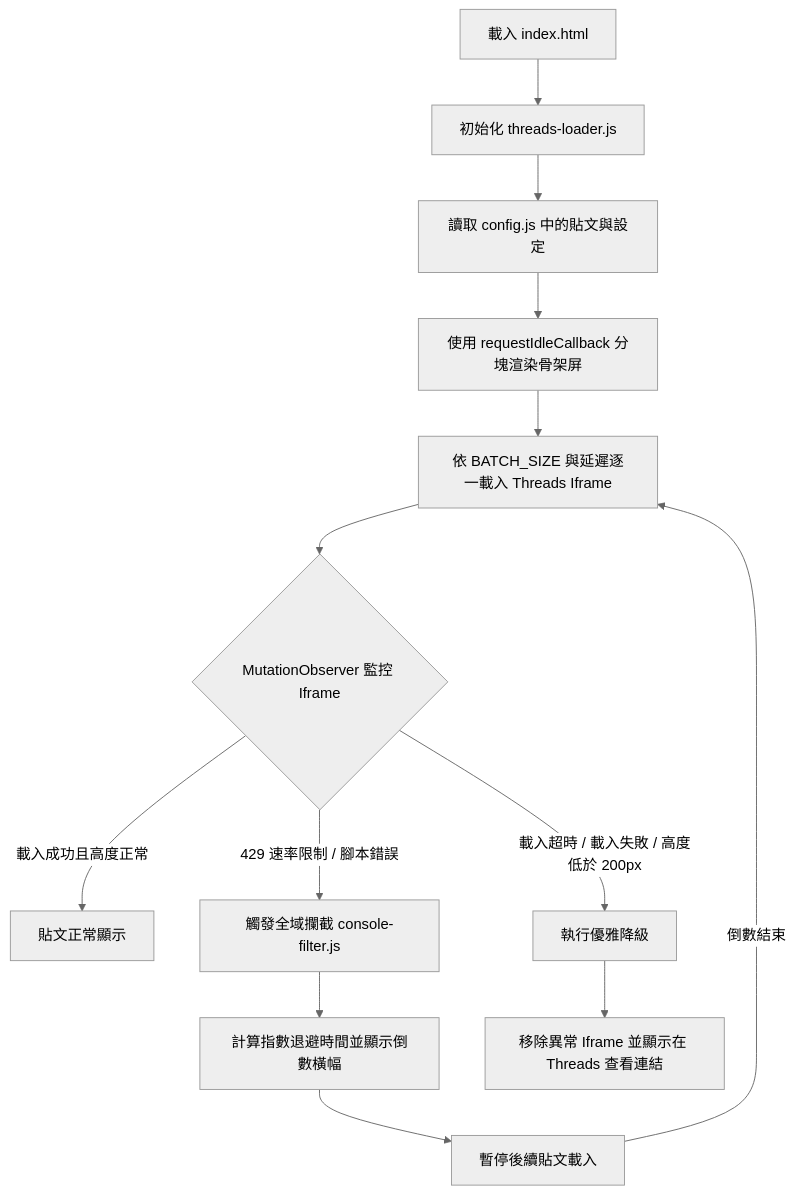
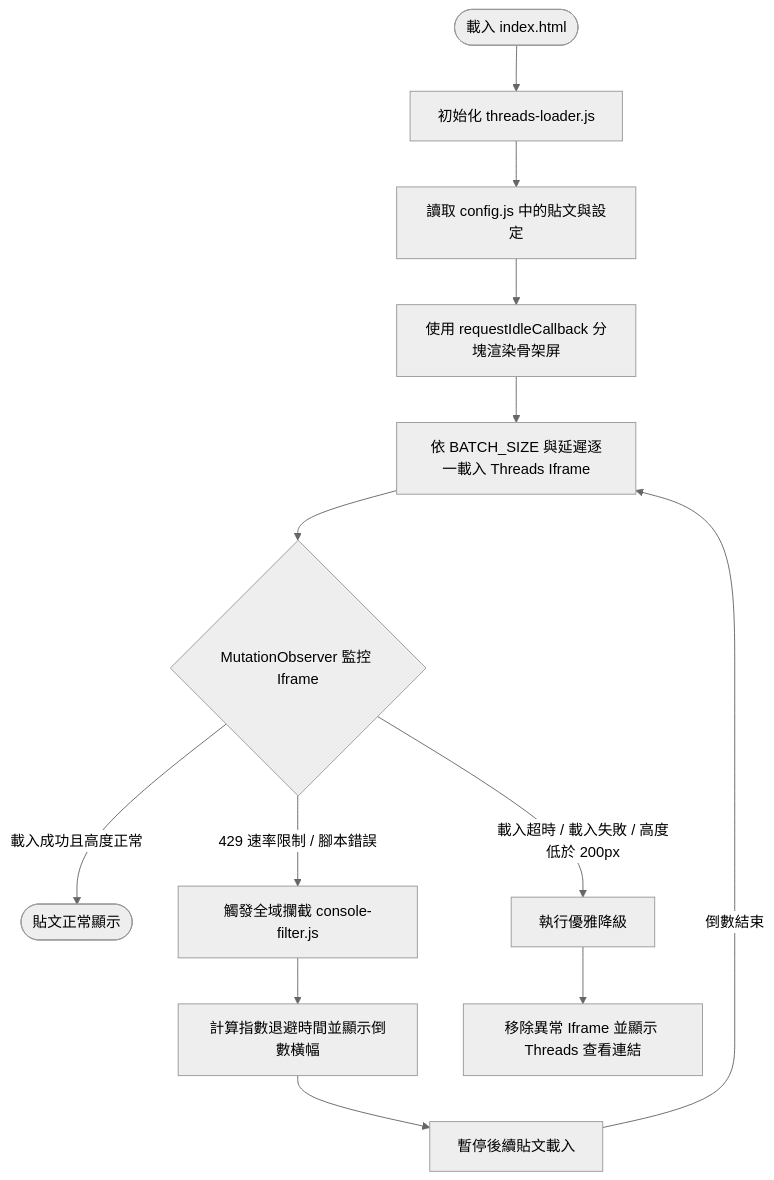
One commit to Scorpio-meow/Threads-Featured-Posts changed the second of 2 diagrams in README.md. Above: the diagram before and after it, drawn with Mermaid (neutral theme). The commit also changed other lines of this file and 3 other files, not shown here.

````diff
--- a/README.md
+++ b/README.md
@@ -89,21 +105,21 @@
 ```mermaid
-graph TD
-    Start[載入 index.html] --> Init[初始化 threads-loader.js]
-    Init --> ReadConfig[讀取 config.js 中的貼文與設定]
-    ReadConfig --> Render[使用 requestIdleCallback 分塊渲染骨架屏]
-    Render --> Stagger[依 BATCH_SIZE 與延遲逐一載入 Threads Iframe]
-    Stagger --> Monitor{MutationObserver 監控 Iframe}
+flowchart TD
+    Start(["載入 index.html"]) --> Init["初始化 threads-loader.js"]
+    Init --> ReadConfig["讀取 config.js 中的貼文與設定"]
+    ReadConfig --> Render["使用 requestIdleCallback 分塊渲染骨架屏"]
+    Render --> Stagger["依 BATCH_SIZE 與延遲逐一載入 Threads Iframe"]
+    Stagger --> Monitor{"MutationObserver 監控 Iframe"}
     
     %% 正常流程
-    Monitor -- 載入成功且高度正常 --> Done[貼文正常顯示]
+    Monitor -- "載入成功且高度正常" --> Done(["貼文正常顯示"])
     
     %% 限流流程
-    Monitor -- 429 速率限制 / 腳本錯誤 --> RateLimit[觸發全域攔截 console-filter.js]
-    RateLimit --> Backoff[計算指數退避時間並顯示倒數橫幅]
-    Backoff --> Pause[暫停後續貼文載入]
-    Pause -- 倒數結束 --> Stagger
+    Monitor -- "429 速率限制 / 腳本錯誤" --> RateLimit["觸發全域攔截 console-filter.js"]
+    RateLimit --> Backoff["計算指數退避時間並顯示倒數橫幅"]
+    Backoff --> Pause["暫停後續貼文載入"]
+    Pause -- "倒數結束" --> Stagger
     
     %% 異常流程
-    Monitor -- 載入超時 / 載入失敗 / 高度低於 200px --> Fallback[執行優雅降級]
-    Fallback --> Link[移除異常 Iframe 並顯示在 Threads 查看連結]
+    Monitor -- "載入超時 / 載入失敗 / 高度低於 200px" --> Fallback["執行優雅降級"]
+    Fallback --> Link["移除異常 Iframe 並顯示 Threads 查看連結"]
 ```
````
